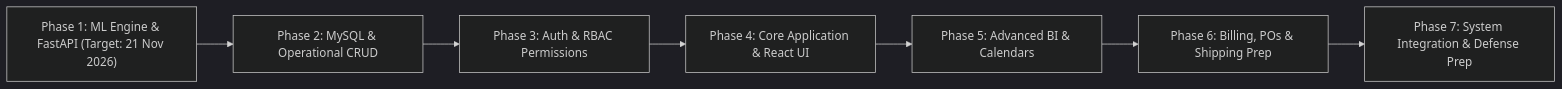
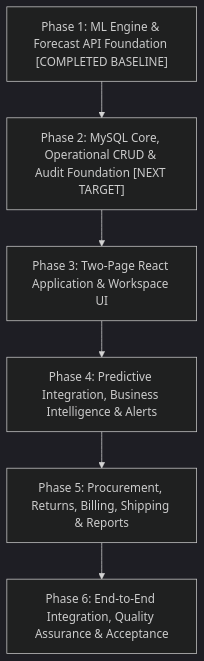
One commit to Lalith-Manohar/LLM-Project1 changed the diagram in docs/DEVELOPMENT_ROADMAP.md. Above: the diagram before and after it, drawn with Mermaid (dark theme). The commit also changed other lines of this file, not shown here.

````diff
--- a/docs/DEVELOPMENT_ROADMAP.md
+++ b/docs/DEVELOPMENT_ROADMAP.md
@@ -7,9 +16,8 @@
 ```mermaid
-flowchart LR
-    P1["Phase 1: ML Engine & FastAPI (Target: 21 Nov 2026)"] --> P2["Phase 2: MySQL & Operational CRUD"]
-    P2 --> P3["Phase 3: Auth & RBAC Permissions"]
-    P3 --> P4["Phase 4: Core Application & React UI"]
-    P4 --> P5["Phase 5: Advanced BI & Calendars"]
-    P5 --> P6["Phase 6: Billing, POs & Shipping Prep"]
-    P6 --> P7["Phase 7: System Integration & Defense Prep"]
+flowchart TD
+    P1["Phase 1: ML Engine & Forecast API Foundation [COMPLETED BASELINE]"] --> P2["Phase 2: MySQL Core, Operational CRUD & Audit Foundation [NEXT TARGET]"]
+    P2 --> P3["Phase 3: Two-Page React Application & Workspace UI"]
+    P3 --> P4["Phase 4: Predictive Integration, Business Intelligence & Alerts"]
+    P4 --> P5["Phase 5: Procurement, Returns, Billing, Shipping & Reports"]
+    P5 --> P6["Phase 6: End-to-End Integration, Quality Assurance & Acceptance"]
 ```
````
